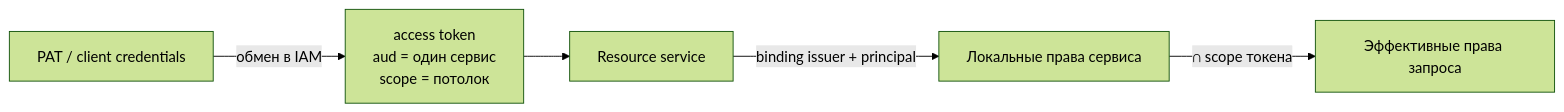
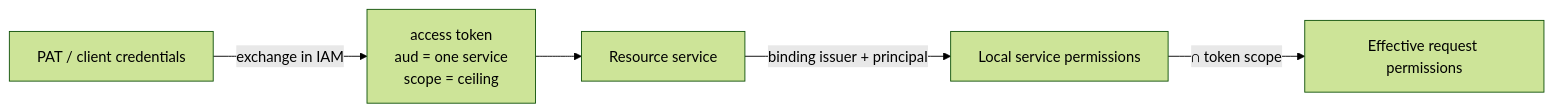
The diagram in guide/docs/reference/permissions.md (monthu56/taimen), drawn with Mermaid (forest theme) before and after one commit. The commit also changed other lines of this file and 183 other files, not shown here.

````diff
--- a/guide/docs/reference/permissions.md
+++ b/guide/docs/reference/permissions.md
@@ -10,7 +12,7 @@
 ```mermaid
 flowchart LR
-    PAT[PAT / client credentials] -->|обмен в IAM| AT["access token<br/>aud = один сервис<br/>scope = потолок"]
+    PAT[PAT / client credentials] -->|exchange in IAM| AT["access token<br/>aud = one service<br/>scope = ceiling"]
     AT --> RS[Resource service]
-    RS -->|binding issuer + principal| PERM[Локальные права сервиса]
-    PERM -->|∩ scope токена| EFF[Эффективные права запроса]
+    RS -->|binding issuer + principal| PERM[Local service permissions]
+    PERM -->|∩ token scope| EFF[Effective request permissions]
 ```
````
